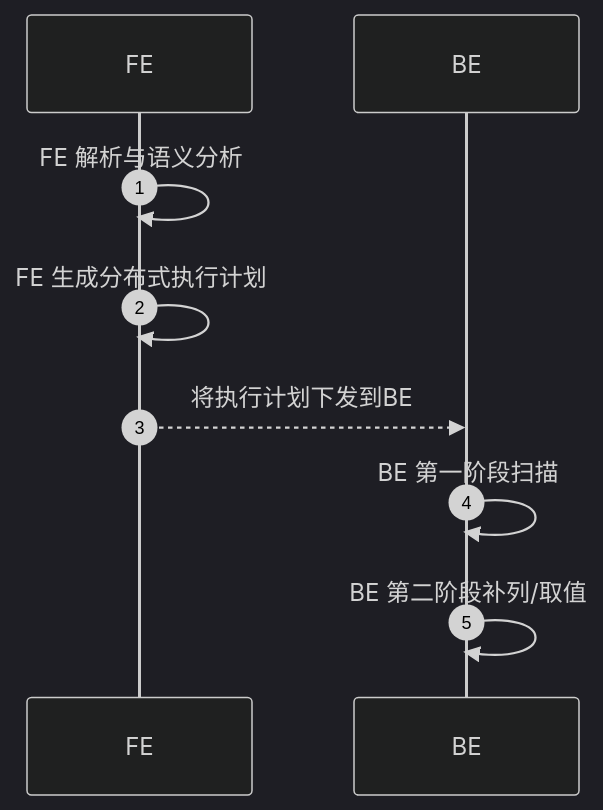
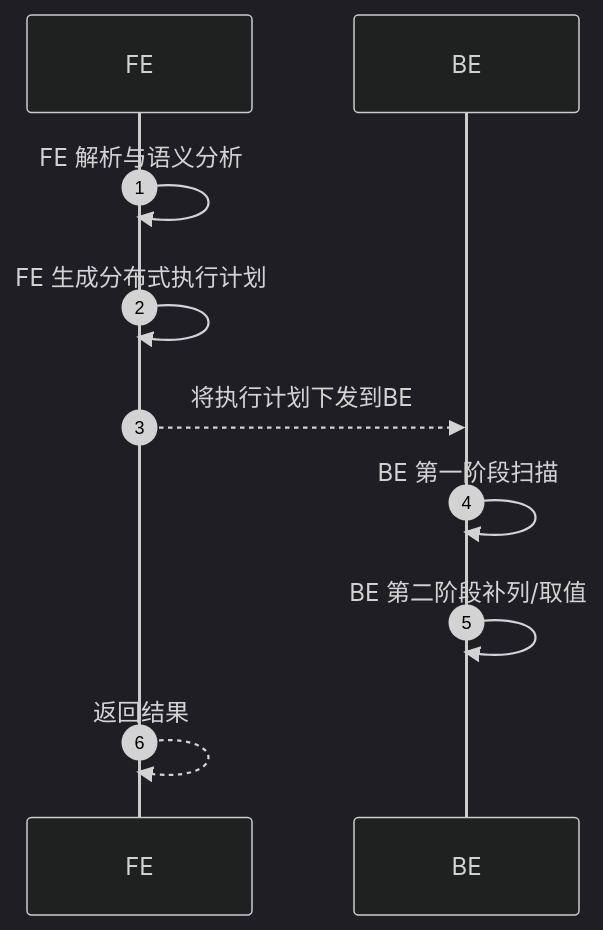
One commit to HY-10-8/iodraw-files changed the diagram in all/Doris-写入数据.md. Above: the diagram before and after it, drawn with Mermaid (dark theme).

Commit message:
2026-04-22 17:13:48 update

````diff
--- a/all/Doris-写入数据.md
+++ b/all/Doris-写入数据.md
@@ -1,15 +1,16 @@
 ```mermaid
 sequenceDiagram
     autonumber
 
     participant FE
     participant BE
 
     FE->>FE: FE 解析与语义分析
     FE->>FE: FE 生成分布式执行计划
     FE-->>BE: 将执行计划下发到BE
     BE->>BE: BE 第一阶段扫描
     BE->>BE: BE 第二阶段补列/取值
+    FE-->>FE: 返回结果
     
 
 ```
````
